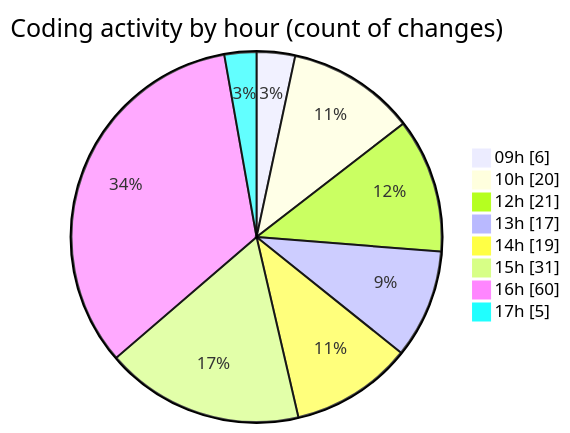
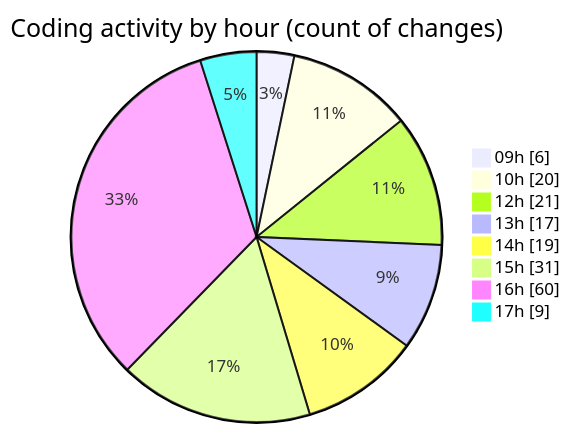
One commit to becaeroporto-bot/code-tracking changed the second of 2 diagrams in 2026-02-18/bot_v1_2/README.md. Above: the diagram before and after it, drawn with Mermaid. The commit also changed other lines of this file and 1 other file, not shown here.

````diff
--- a/2026-02-18/bot_v1_2/README.md
+++ b/2026-02-18/bot_v1_2/README.md
@@ -57,12 +57,12 @@
 ```mermaid
 pie showData
 title Coding activity by hour (count of changes)
 "09h" : 6
 "10h" : 20
 "12h" : 21
 "13h" : 17
 "14h" : 19
 "15h" : 31
 "16h" : 60
-"17h" : 5
+"17h" : 9
 ```
````
